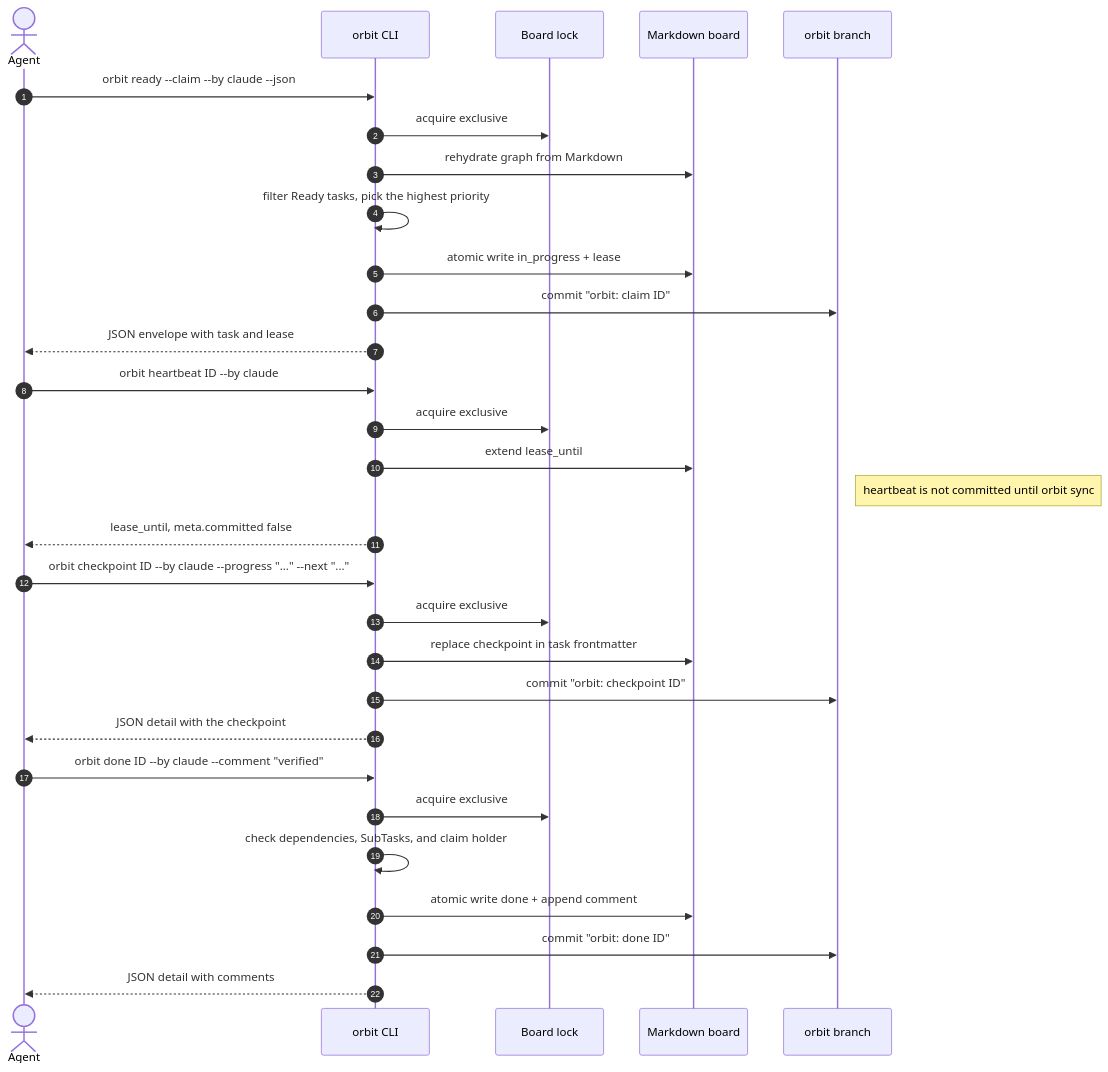
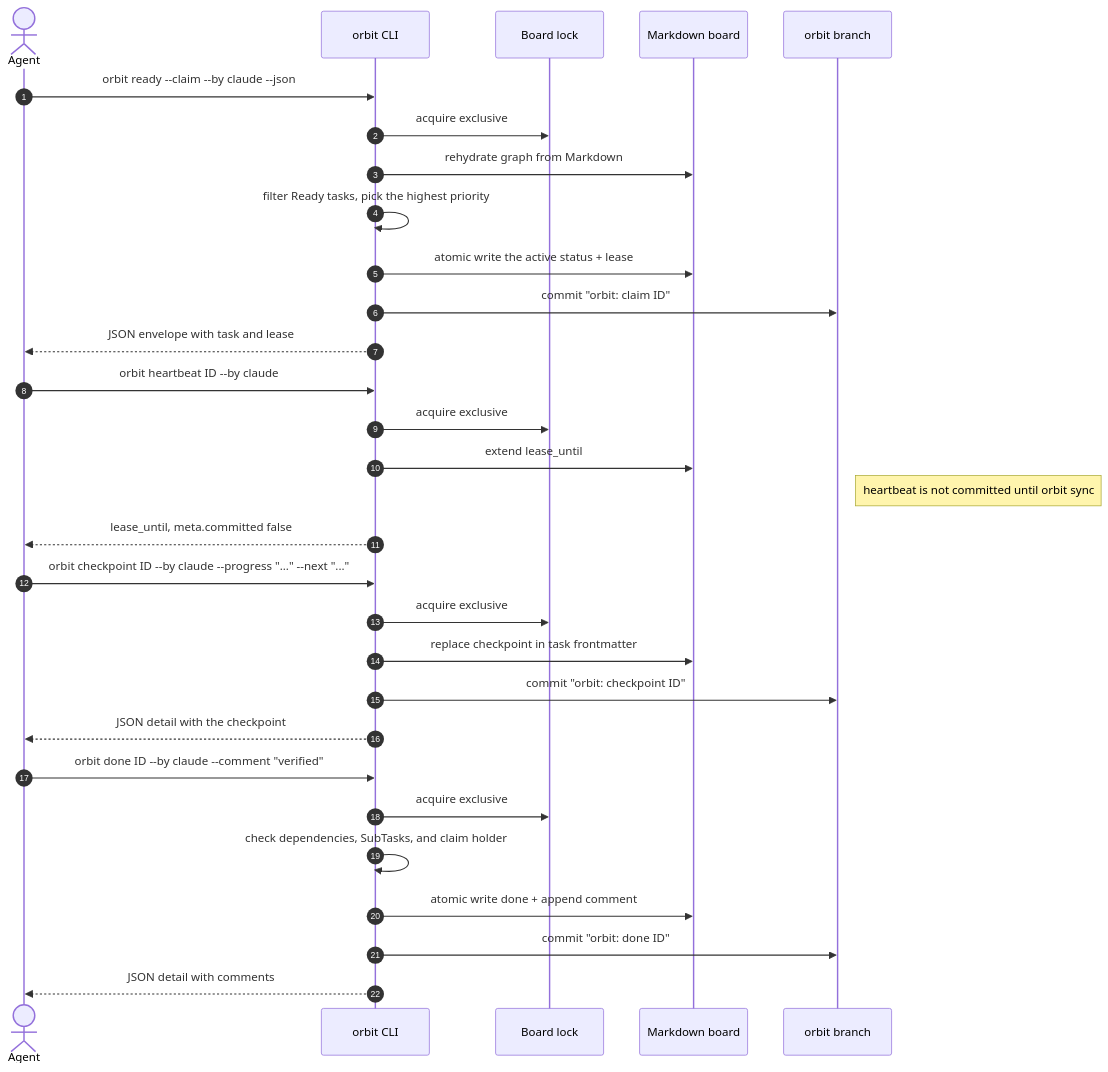
The second of 6 diagrams in README.md (rcmendes/orbit), drawn with Mermaid before and after one commit. The commit also changed other lines of this file and 41 other files, not shown here.

First line of the commit message:
feat(workflow): board-defined lifecycle with status categories and named transitions

````diff
--- a/README.md
+++ b/README.md
@@ -415,36 +415,36 @@
 ```mermaid
 sequenceDiagram
     autonumber
     actor Agent
     participant CLI as orbit CLI
     participant Lock as Board lock
     participant Board as Markdown board
     participant Git as orbit branch
 
     Agent->>CLI: orbit ready --claim --by claude --json
     CLI->>Lock: acquire exclusive
     CLI->>Board: rehydrate graph from Markdown
     CLI->>CLI: filter Ready tasks, pick the highest priority
-    CLI->>Board: atomic write in_progress + lease
+    CLI->>Board: atomic write the active status + lease
     CLI->>Git: commit "orbit: claim ID"
     CLI-->>Agent: JSON envelope with task and lease
 
     Agent->>CLI: orbit heartbeat ID --by claude
     CLI->>Lock: acquire exclusive
     CLI->>Board: extend lease_until
     Note right of Git: heartbeat is not committed until orbit sync
     CLI-->>Agent: lease_until, meta.committed false
 
     Agent->>CLI: orbit checkpoint ID --by claude --progress "..." --next "..."
     CLI->>Lock: acquire exclusive
     CLI->>Board: replace checkpoint in task frontmatter
     CLI->>Git: commit "orbit: checkpoint ID"
     CLI-->>Agent: JSON detail with the checkpoint
 
     Agent->>CLI: orbit done ID --by claude --comment "verified"
     CLI->>Lock: acquire exclusive
     CLI->>CLI: check dependencies, SubTasks, and claim holder
     CLI->>Board: atomic write done + append comment
     CLI->>Git: commit "orbit: done ID"
     CLI-->>Agent: JSON detail with comments
 ```
````
